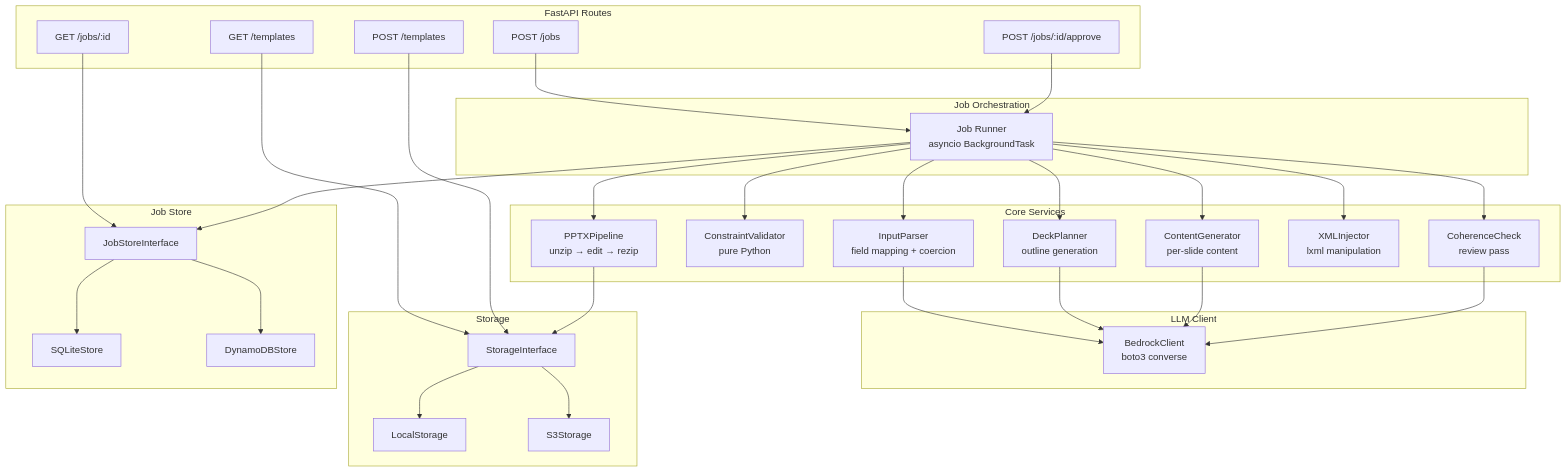
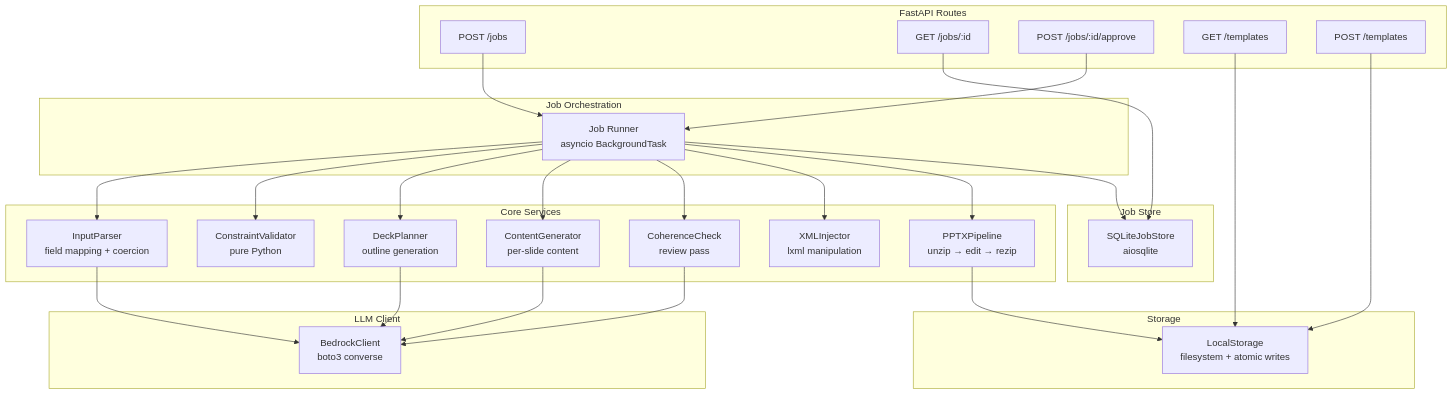
One commit to M-Chimiste/SlideAgent changed the second of 6 diagrams in project_docs/architecture.md. Above: the diagram before and after it, drawn with Mermaid. The commit also changed other lines of this file and 106 other files, not shown here.

````diff
--- a/project_docs/architecture.md
+++ b/project_docs/architecture.md
@@ -47,66 +36,58 @@
 ```mermaid
 graph TD
     subgraph Routes["FastAPI Routes"]
         R1[POST /jobs]
         R2[GET /jobs/:id]
         R3[POST /jobs/:id/approve]
         R4[GET /templates]
         R5[POST /templates]
     end
 
     subgraph Orchestration["Job Orchestration"]
         ORCH[Job Runner<br/>asyncio BackgroundTask]
     end
 
     subgraph Services["Core Services"]
         IP[InputParser<br/>field mapping + coercion]
         CV[ConstraintValidator<br/>pure Python]
         DP[DeckPlanner<br/>outline generation]
         CG[ContentGenerator<br/>per-slide content]
         CC[CoherenceCheck<br/>review pass]
         XI[XMLInjector<br/>lxml manipulation]
         PP[PPTXPipeline<br/>unzip → edit → rezip]
     end
 
     subgraph LLM["LLM Client"]
         BC[BedrockClient<br/>boto3 converse]
     end
 
     subgraph Storage["Storage"]
-        ST[StorageInterface]
-        SL[LocalStorage]
-        SS[S3Storage]
+        SL[LocalStorage<br/>filesystem + atomic writes]
     end
 
     subgraph JobStore["Job Store"]
-        JS[JobStoreInterface]
-        SQ[SQLiteStore]
-        DY[DynamoDBStore]
+        SQ[SQLiteJobStore<br/>aiosqlite]
     end
 
     R1 --> ORCH
-    R2 --> JS
+    R2 --> SQ
     R3 --> ORCH
-    R4 --> ST
-    R5 --> ST
+    R4 --> SL
+    R5 --> SL
 
     ORCH --> IP
     ORCH --> CV
     ORCH --> DP
     ORCH --> CG
     ORCH --> CC
     ORCH --> XI
     ORCH --> PP
-    ORCH --> JS
+    ORCH --> SQ
 
     IP --> BC
     DP --> BC
     CG --> BC
     CC --> BC
 
-    PP --> ST
-    ST --> SL
-    ST --> SS
-    JS --> SQ
-    JS --> DY
+    PP --> SL
 ```
````
